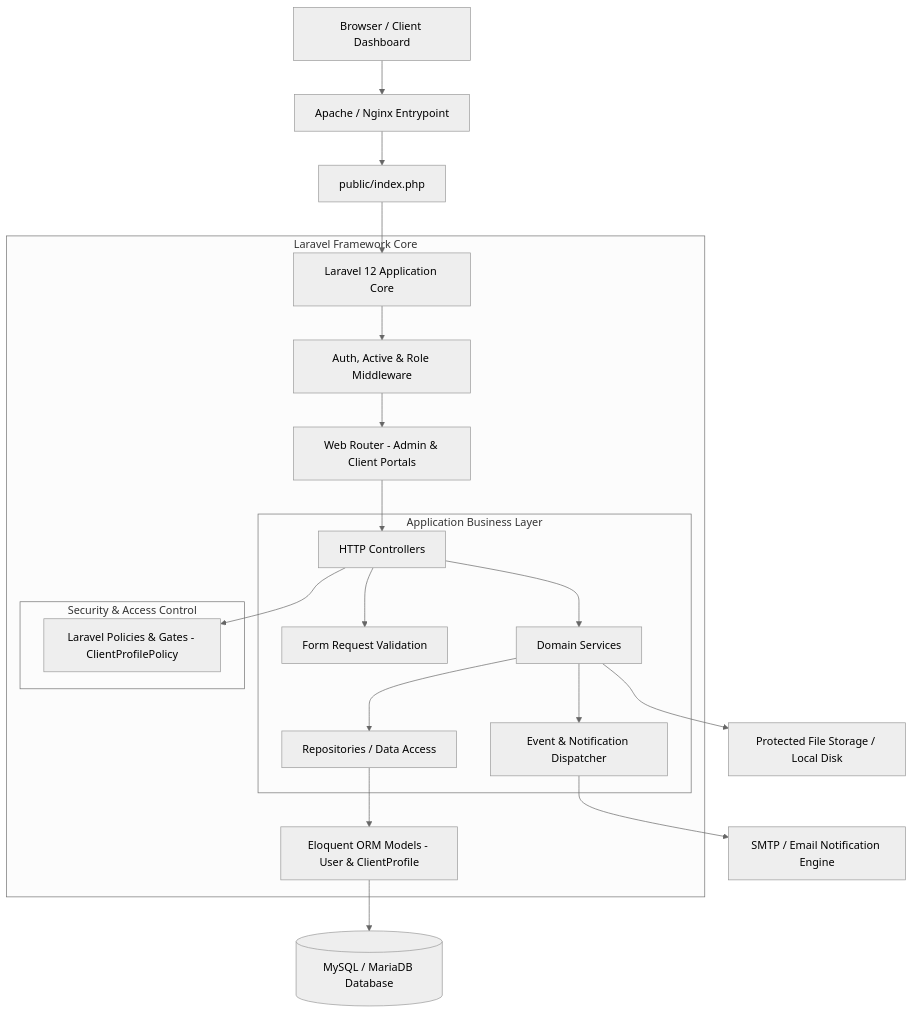
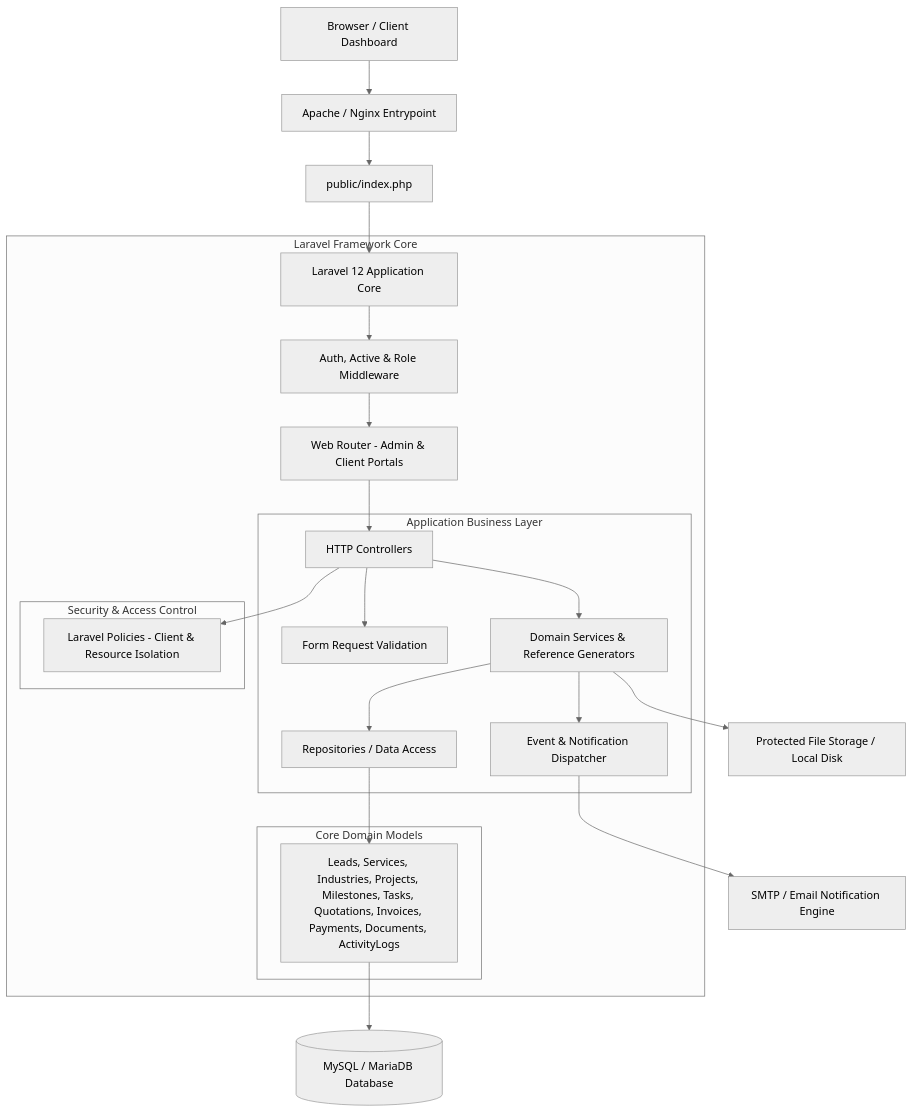
Before and after one commit to DollyQx/gm--code-lab: the diagram in docs/architecture.md, drawn with Mermaid (neutral theme). The commit also changed other lines of this file, not shown here.

Commit message:
docs: update core database architecture

````diff
--- a/docs/architecture.md
+++ b/docs/architecture.md
@@ -11,29 +11,31 @@
 ```mermaid
 graph TD
     Client[Browser / Client Dashboard] --> WebServer[Apache / Nginx Entrypoint]
     WebServer --> PublicIndex[public/index.php]
     PublicIndex --> LaravelCore[Laravel 12 Application Core]
 
     subgraph Laravel Framework Core
         LaravelCore --> Middleware[Auth, Active & Role Middleware]
         Middleware --> Routing[Web Router - Admin & Client Portals]
         Routing --> Controllers[HTTP Controllers]
 
         subgraph Application Business Layer
             Controllers --> FormRequests[Form Request Validation]
-            Controllers --> Services[Domain Services]
+            Controllers --> Services[Domain Services & Reference Generators]
             Services --> Repositories[Repositories / Data Access]
             Services --> Events[Event & Notification Dispatcher]
         end
 
         subgraph Security & Access Control
-            Controllers --> Policies[Laravel Policies & Gates - ClientProfilePolicy]
+            Controllers --> Policies[Laravel Policies - Client & Resource Isolation]
         end
 
-        Repositories --> Eloquent[Eloquent ORM Models - User & ClientProfile]
+        subgraph Core Domain Models
+            Repositories --> DomainEntities[Leads, Services, Industries, Projects, Milestones, Tasks, Quotations, Invoices, Payments, Documents, ActivityLogs]
+        end
     end
 
-    Eloquent --> MySQL[(MySQL / MariaDB Database)]
+    DomainEntities --> MySQL[(MySQL / MariaDB Database)]
     Events --> Mailer[SMTP / Email Notification Engine]
     Services --> Storage[Protected File Storage / Local Disk]
 ```
````
